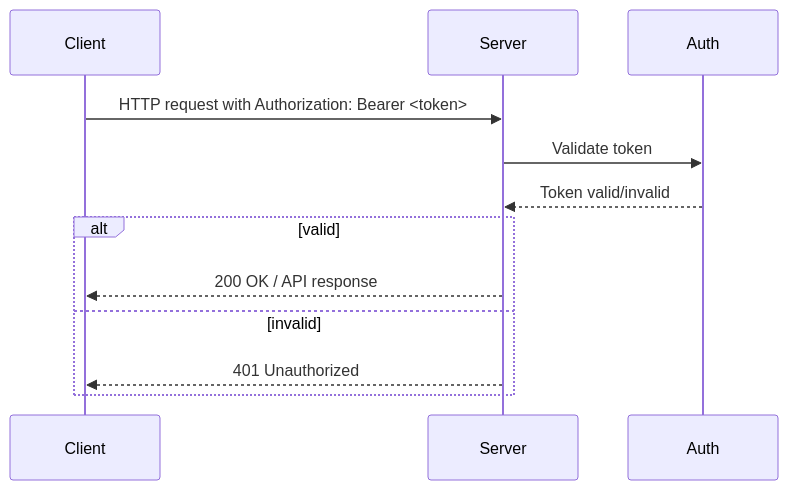
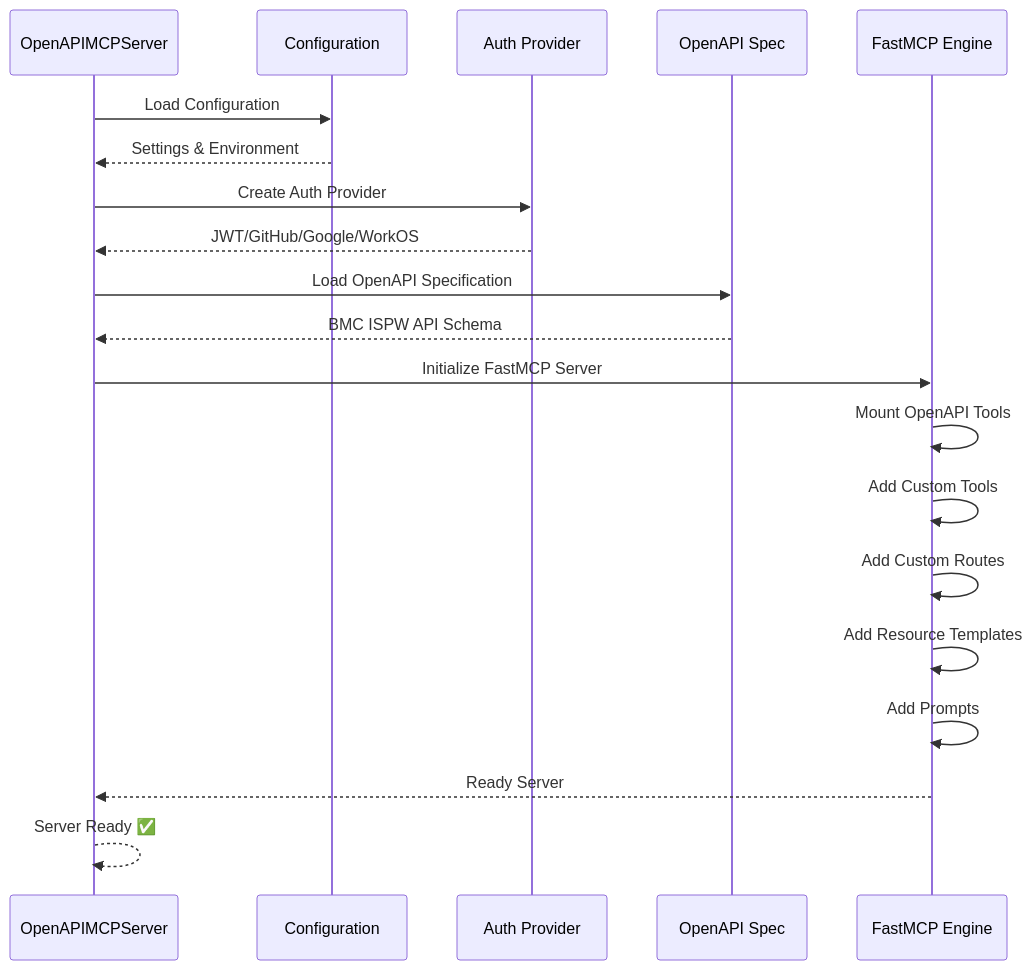
One commit to markbsigler/CodePipeline-FastMCP changed the first of 10 diagrams in docs/architecture-diagrams.md. Above: the diagram before and after it, drawn with Mermaid. The commit also changed other lines of this file and 4 other files, not shown here.

````diff
--- a/docs/architecture-diagrams.md
+++ b/docs/architecture-diagrams.md
@@ -4,14 +5,27 @@
 ```mermaid
 sequenceDiagram
-    participant Client
-    participant Server
-    participant Auth
-    Client->>Server: HTTP request with Authorization: Bearer <token>
-    Server->>Auth: Validate token
-    Auth-->>Server: Token valid/invalid
-    alt valid
-        Server-->>Client: 200 OK / API response
-    else invalid
-        Server-->>Client: 401 Unauthorized
-    end
+    participant Server as OpenAPIMCPServer
+    participant Config as Configuration
+    participant Auth as Auth Provider
+    participant OpenAPI as OpenAPI Spec
+    participant FastMCP as FastMCP Engine
+    
+    Server->>Config: Load Configuration
+    Config-->>Server: Settings & Environment
+    
+    Server->>Auth: Create Auth Provider
+    Auth-->>Server: JWT/GitHub/Google/WorkOS
+    
+    Server->>OpenAPI: Load OpenAPI Specification
+    OpenAPI-->>Server: BMC ISPW API Schema
+    
+    Server->>FastMCP: Initialize FastMCP Server
+    FastMCP->>FastMCP: Mount OpenAPI Tools
+    FastMCP->>FastMCP: Add Custom Tools
+    FastMCP->>FastMCP: Add Custom Routes
+    FastMCP->>FastMCP: Add Resource Templates
+    FastMCP->>FastMCP: Add Prompts
+    FastMCP-->>Server: Ready Server
+    
+    Server-->>Server: Server Ready ✅
 ```
````
